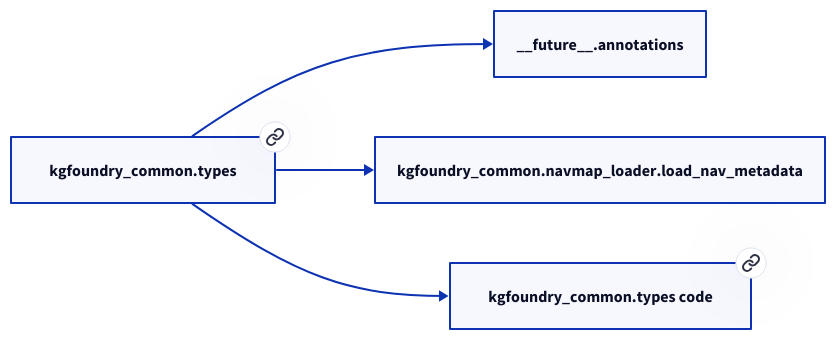
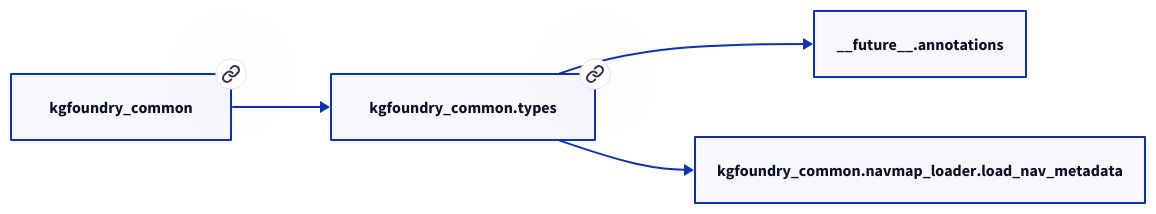
The diagram in docs/modules/kgfoundry_common/types.md (paul-heyse/kgforge), drawn with D2 before and after one commit. The commit also changed other lines of this file and 208 other files, not shown here.

````diff
--- a/docs/modules/kgfoundry_common/types.md
+++ b/docs/modules/kgfoundry_common/types.md
@@ -17,10 +21,10 @@
 ```d2
 direction: right
-"kgfoundry_common.types": "kgfoundry_common.types" { link: "./kgfoundry_common/types.md" }
+"kgfoundry_common.types": "kgfoundry_common.types" { link: "https://github.com/paul-heyse/kgfoundry/blob/main/src/kgfoundry_common/types.py" }
 "__future__.annotations": "__future__.annotations"
 "kgfoundry_common.types" -> "__future__.annotations"
 "kgfoundry_common.navmap_loader.load_nav_metadata": "kgfoundry_common.navmap_loader.load_nav_metadata"
 "kgfoundry_common.types" -> "kgfoundry_common.navmap_loader.load_nav_metadata"
-"kgfoundry_common.types_code": "kgfoundry_common.types code" { link: "https://github.com/kgfoundry/kgfoundry/blob/main/src/kgfoundry_common/types.py" }
-"kgfoundry_common.types" -> "kgfoundry_common.types_code" { style: dashed }
+"kgfoundry_common": "kgfoundry_common" { link: "https://github.com/paul-heyse/kgfoundry/blob/main/src/kgfoundry_common/__init__.py" }
+"kgfoundry_common" -> "kgfoundry_common.types" { style: dashed }
 ```
````
